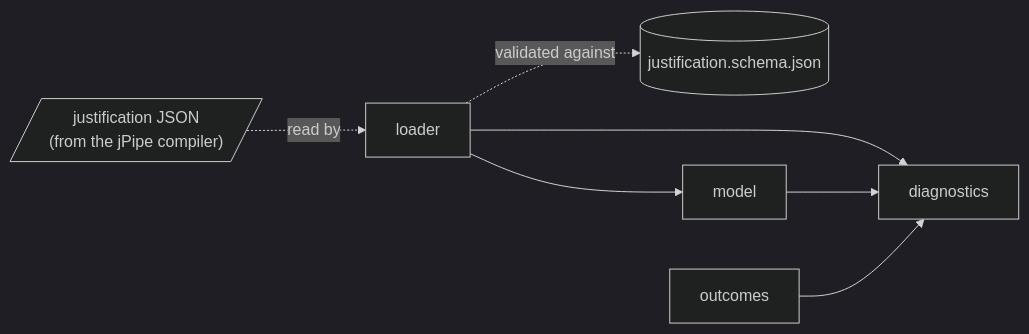
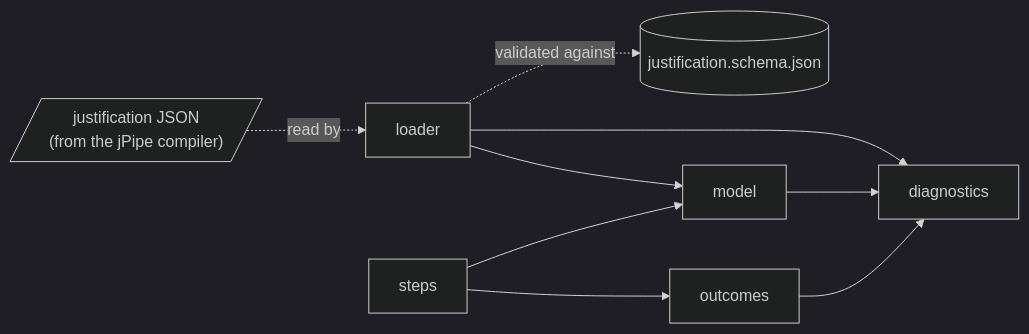
Before and after one commit to jpipe-mcscert/jpipe-runner: the first of 2 diagrams in docs/design.md, drawn with Mermaid (dark theme). The commit also changed other lines of this file and 12 other files, not shown here.

````diff
--- a/docs/design.md
+++ b/docs/design.md
@@ -8,12 +8,14 @@
 ```mermaid
 flowchart LR
     json[/"justification JSON<br>(from the jPipe compiler)"/]
     schema[("justification.schema.json")]
 
     json -.->|read by| loader
     loader -.->|validated against| schema
     loader --> model
     loader --> diagnostics
     model --> diagnostics
     outcomes --> diagnostics
+    steps --> model
+    steps --> outcomes
 ```
````
